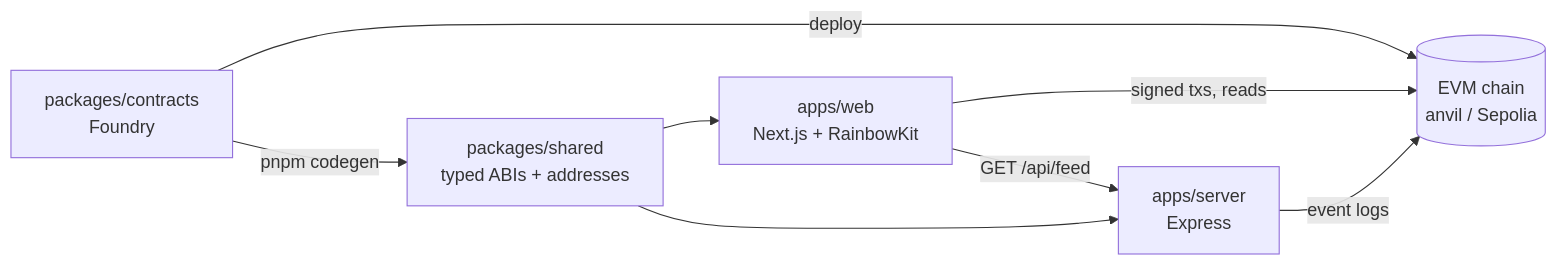
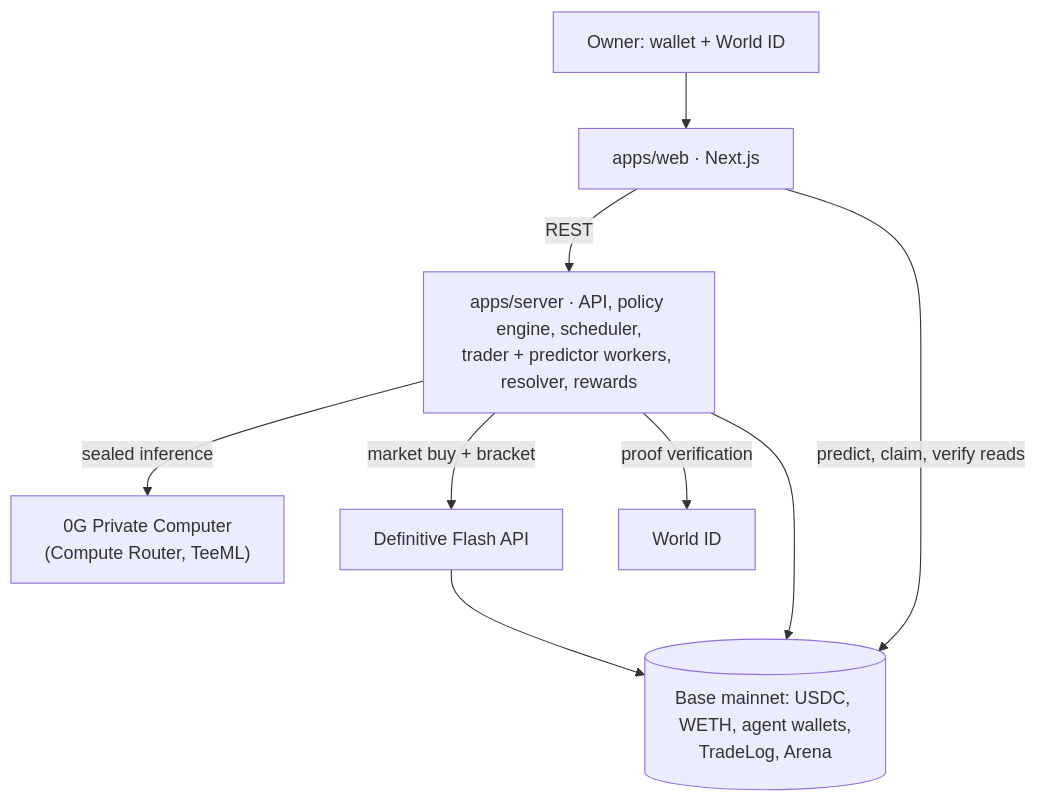
Before and after one commit to Evilstein-debug/ethglobal26: the diagram in README.md, drawn with Mermaid. The commit also changed other lines of this file and 19 other files, not shown here.

First line of the commit message:
Phase 8: verify.ts, labeled replay data, deploy config and docs

````diff
--- a/README.md
+++ b/README.md
@@ -59,10 +42,11 @@
 ```mermaid
-flowchart LR
-  Contracts["packages/contracts<br/>Foundry"] -- "deploy" --> Chain[("EVM chain<br/>anvil / Sepolia")]
-  Contracts -- "pnpm codegen" --> Shared["packages/shared<br/>typed ABIs + addresses"]
-  Shared --> Web["apps/web<br/>Next.js + RainbowKit"]
-  Shared --> Server["apps/server<br/>Express"]
-  Web -- "signed txs, reads" --> Chain
-  Web -- "GET /api/feed" --> Server
-  Server -- "event logs" --> Chain
+flowchart TB
+  Owner["Owner: wallet + World ID"] --> Web["apps/web · Next.js"]
+  Web -- REST --> Server["apps/server · API, policy engine, scheduler,<br/>trader + predictor workers, resolver, rewards"]
+  Web -- "predict, claim, verify reads" --> Base
+  Server -- "sealed inference" --> ZG["0G Private Computer<br/>(Compute Router, TeeML)"]
+  Server -- "market buy + bracket" --> Flash["Definitive Flash API"]
+  Server -- "proof verification" --> World["World ID"]
+  Server --> Base[("Base mainnet: USDC, WETH, agent wallets,<br/>TradeLog, Arena")]
+  Flash --> Base
 ```
````
